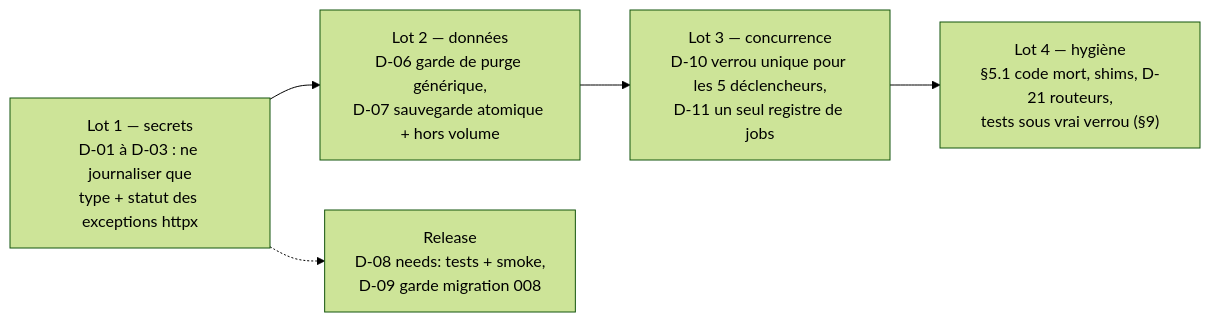
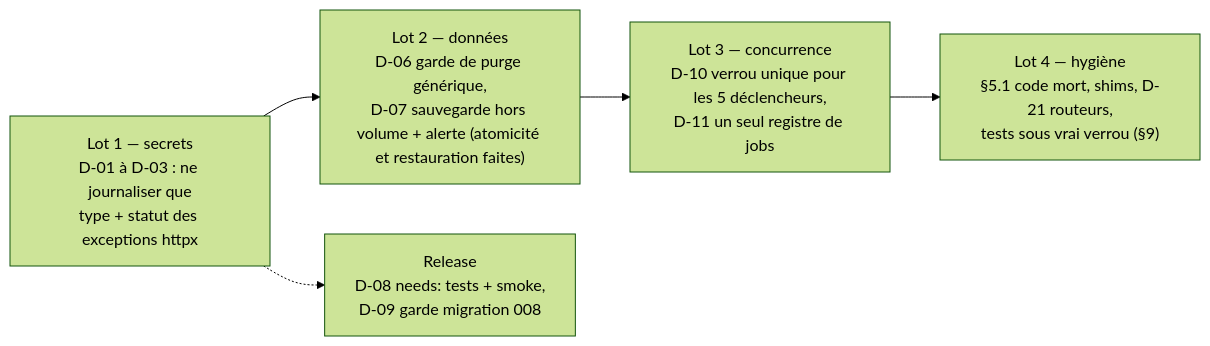
One commit to ChakirHamzaChahid/Plexhub-Backend changed the second of 2 diagrams in docs/retro-spec/technique/dette.md. Above: the diagram before and after it, drawn with Mermaid (forest theme). The commit also changed other lines of this file and 8 other files, not shown here.

````diff
--- a/docs/retro-spec/technique/dette.md
+++ b/docs/retro-spec/technique/dette.md
@@ -155,7 +163,7 @@
 ```mermaid
 flowchart LR
-    A["Lot 1 — secrets<br/>D-01 à D-03 : ne journaliser que<br/>type + statut des exceptions httpx"] --> B["Lot 2 — données<br/>D-06 garde de purge générique,<br/>D-07 sauvegarde atomique + hors volume"]
+    A["Lot 1 — secrets<br/>D-01 à D-03 : ne journaliser que<br/>type + statut des exceptions httpx"] --> B["Lot 2 — données<br/>D-06 garde de purge générique,<br/>D-07 sauvegarde hors volume + alerte (atomicité et restauration faites)"]
     B --> C["Lot 3 — concurrence<br/>D-10 verrou unique pour les 5 déclencheurs,<br/>D-11 un seul registre de jobs"]
     C --> E["Lot 4 — hygiène<br/>§5.1 code mort, shims, D-21 routeurs,<br/>tests sous vrai verrou (§9)"]
     A -.-> R["Release<br/>D-08 needs: tests + smoke,<br/>D-09 garde migration 008"]
 ```
````
